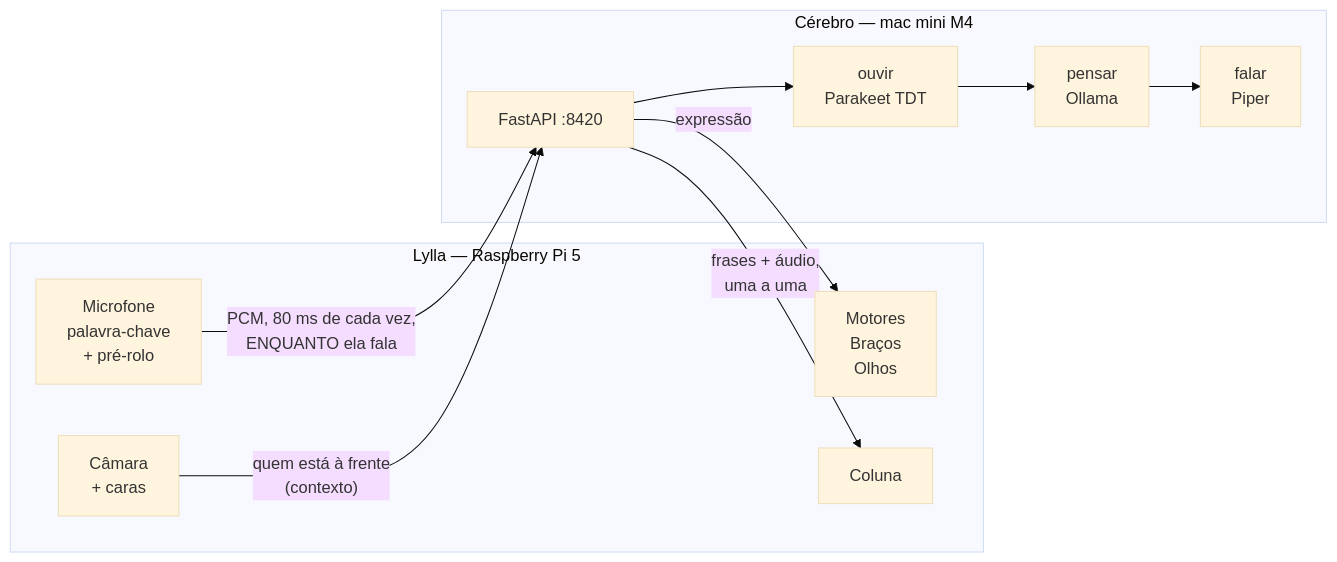
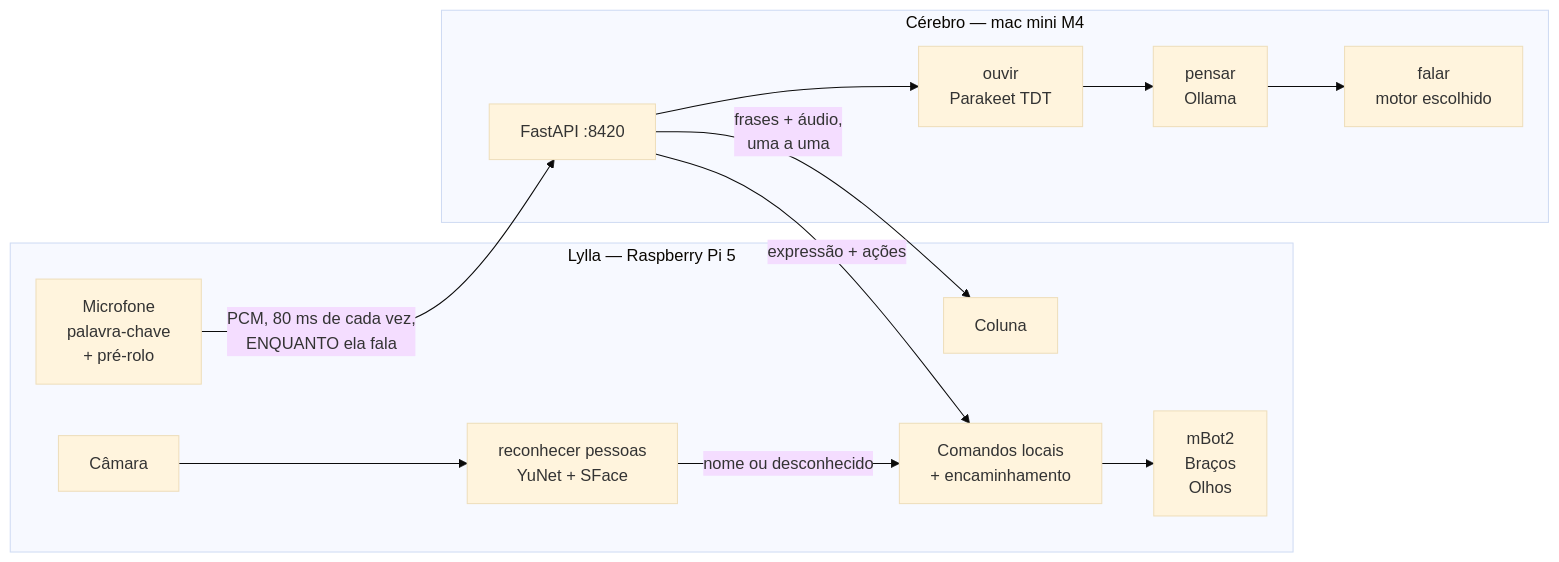
Before and after one commit to BrunoAMSilva/lylla: the diagram in docs/AI-config.md, drawn with Mermaid (base theme). The commit also changed other lines of this file and 7 other files, not shown here.

````diff
--- a/docs/AI-config.md
+++ b/docs/AI-config.md
@@ -20,22 +20,26 @@
 ```mermaid
 graph LR
     subgraph PI["Lylla — Raspberry Pi 5"]
         MIC[Microfone<br>palavra-chave<br>+ pré-rolo]
-        CAM[Câmara<br>+ caras]
-        MOT[Motores<br>Braços<br>Olhos]
+        CAM[Câmara]
+        VIS[reconhecer pessoas<br>YuNet + SFace]
+        CTRL[Comandos locais<br>+ encaminhamento]
+        MOT[mBot2<br>Braços<br>Olhos]
         COL[Coluna]
     end
 
     subgraph MINI["Cérebro — mac mini M4"]
         API["FastAPI :8420"]
         STT["ouvir<br>Parakeet TDT"]
         LLM["pensar<br>Ollama"]
-        TTS["falar<br>Piper"]
+        TTS["falar<br>motor escolhido"]
         API --> STT --> LLM --> TTS
     end
 
     MIC -->|"PCM, 80 ms de cada vez,<br>ENQUANTO ela fala"| API
     API -->|"frases + áudio,<br>uma a uma"| COL
-    API -->|"expressão"| MOT
-    CAM -->|"quem está à frente<br>(contexto)"| API
+    CAM --> VIS
+    VIS -->|"nome ou desconhecido"| CTRL
+    API -->|"expressão + ações"| CTRL
+    CTRL --> MOT
 ```
````
